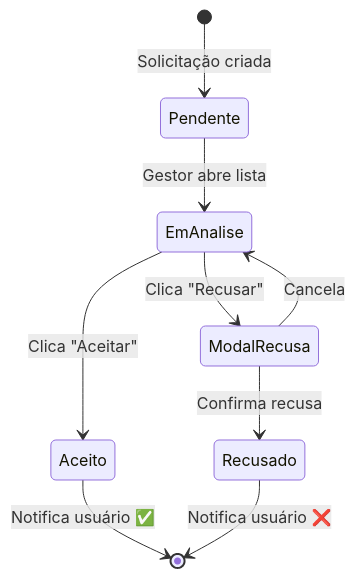
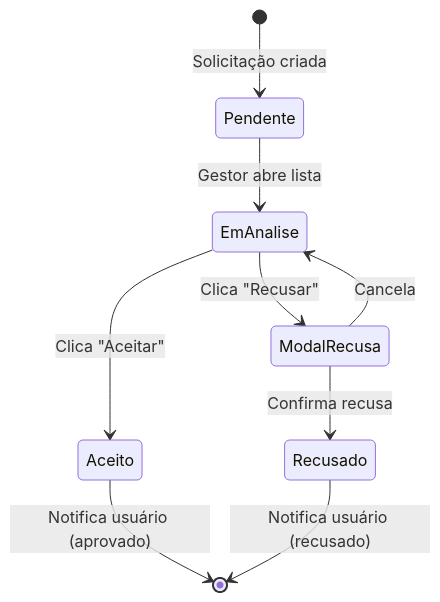
One commit to fabioeducacross/Ambiente_de_Prototipacao_V5 changed the first of 3 diagrams in documentation/docs/fluxos/aceitar-recusar-perfil.md. Above: the diagram before and after it, drawn with Mermaid. The commit also changed other lines of this file and 60 other files, not shown here.

````diff
--- a/documentation/docs/fluxos/aceitar-recusar-perfil.md
+++ b/documentation/docs/fluxos/aceitar-recusar-perfil.md
@@ -39,14 +41,14 @@
 ```mermaid
 stateDiagram-v2
     [*] --> Pendente: Solicitação criada
     
     Pendente --> EmAnalise: Gestor abre lista
     EmAnalise --> Aceito: Clica "Aceitar"
     EmAnalise --> ModalRecusa: Clica "Recusar"
     
     ModalRecusa --> Recusado: Confirma recusa
     ModalRecusa --> EmAnalise: Cancela
     
-    Aceito --> [*]: Notifica usuário ✅
-    Recusado --> [*]: Notifica usuário ❌
+    Aceito --> [*]: Notifica usuário (aprovado)
+    Recusado --> [*]: Notifica usuário (recusado)
 ```
````
